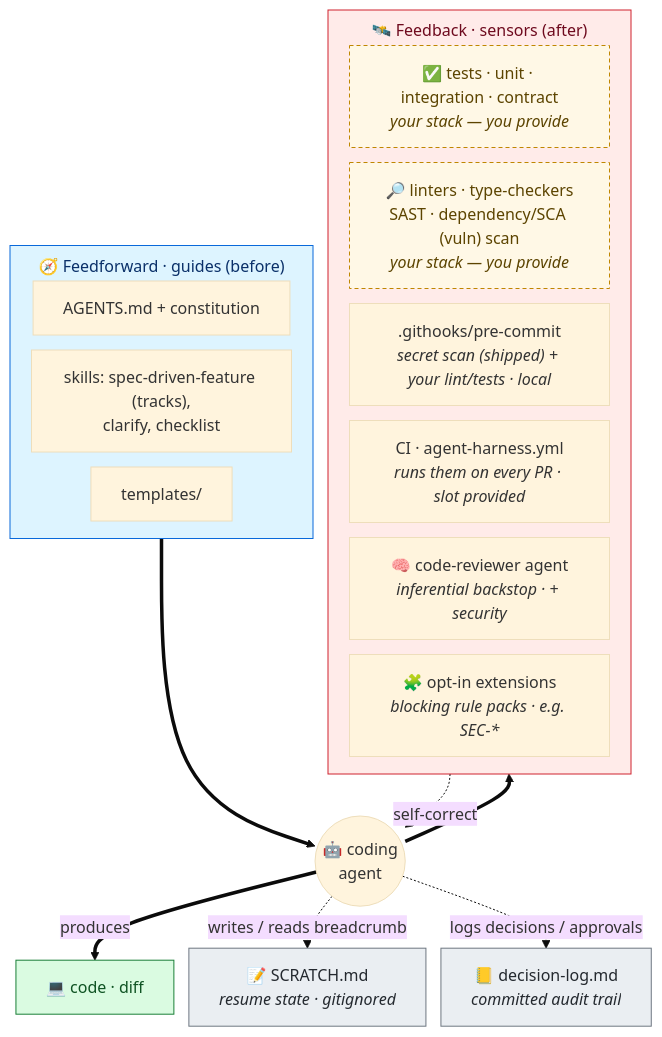
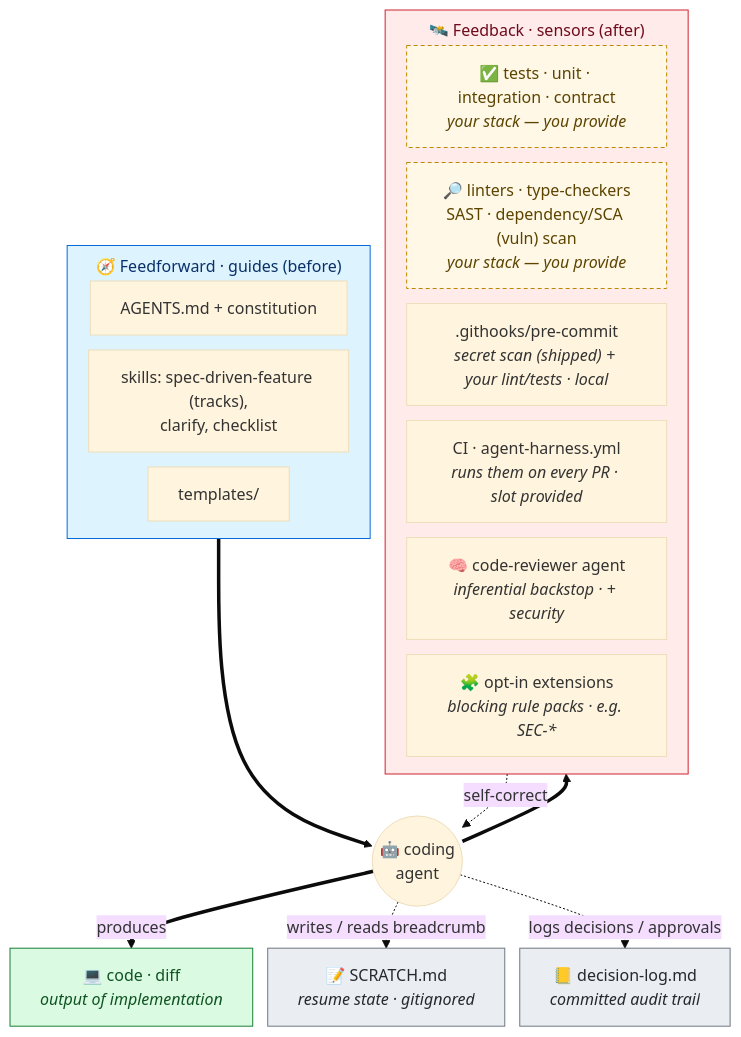
Before and after one commit to saptarshibasu/spec-driven-development: the second of 2 diagrams in README.md, drawn with Mermaid (base theme). The commit also changed other lines of this file and 42 other files, not shown here.

````diff
--- a/README.md
+++ b/README.md
@@ -85,33 +85,33 @@
 ```mermaid
 %%{init: {'flowchart': {'nodeSpacing': 15, 'rankSpacing': 18, 'subGraphTitleMargin': {'top': 8, 'bottom': 10}}}}%%
 flowchart TB
     subgraph FF["🧭 Feedforward · guides (before)"]
         direction LR
-        A["AGENTS.md + constitution"]
+        A["AGENTS.md + constitution<i></i>"]
         SK["skills: spec-driven-feature (tracks),<br/>clarify, checklist"]
-        TPL["templates/"]
+        TPL["templates/<i></i>"]
     end
     subgraph FB["🛰️ Feedback · sensors (after)"]
         direction LR
         TS["✅ tests · unit · integration · contract<br/><i>your stack — you provide</i>"]:::byo
         SA["🔎 linters · type-checkers<br/>SAST · dependency/SCA (vuln) scan<br/><i>your stack — you provide</i>"]:::byo
         HK[".githooks/pre-commit<br/><i>secret scan (shipped) + your lint/tests · local</i>"]
         CI["CI · agent-harness.yml<br/><i>runs them on every PR · slot provided</i>"]
         AG["🧠 code-reviewer agent<br/><i>inferential backstop · + security</i>"]
         EX["🧩 opt-in extensions<br/><i>blocking rule packs · e.g. SEC-*</i>"]
     end
     FF ==> AGENT(("🤖 coding<br/>agent"))
     AGENT ==> FB
-    AGENT ==>|produces| CODE["💻 code · diff"]:::out
+    AGENT ==>|produces| CODE["💻 code · diff<br/><i>output of implementation</i>"]:::out
     FB -. self-correct .-> AGENT
     AGENT -. writes / reads breadcrumb .-> SC["📝 SCRATCH.md<br/><i>resume state · gitignored</i>"]:::cont
     AGENT -. logs decisions / approvals .-> DL2["📒 decision-log.md<br/><i>committed audit trail</i>"]:::cont
 
     classDef ff fill:#ddf4ff,stroke:#0969da,color:#0a3069
     classDef fb fill:#ffebe9,stroke:#cf222e,color:#6e0a1e
     classDef cont fill:#eaeef2,stroke:#6e7781,color:#24292f
     classDef byo fill:#fff8e6,stroke:#bf8700,color:#5c4400,stroke-dasharray:4 3
     classDef out fill:#dafbe1,stroke:#1a7f37,color:#0f5323
     class FF ff
     class FB fb
 ```
````
